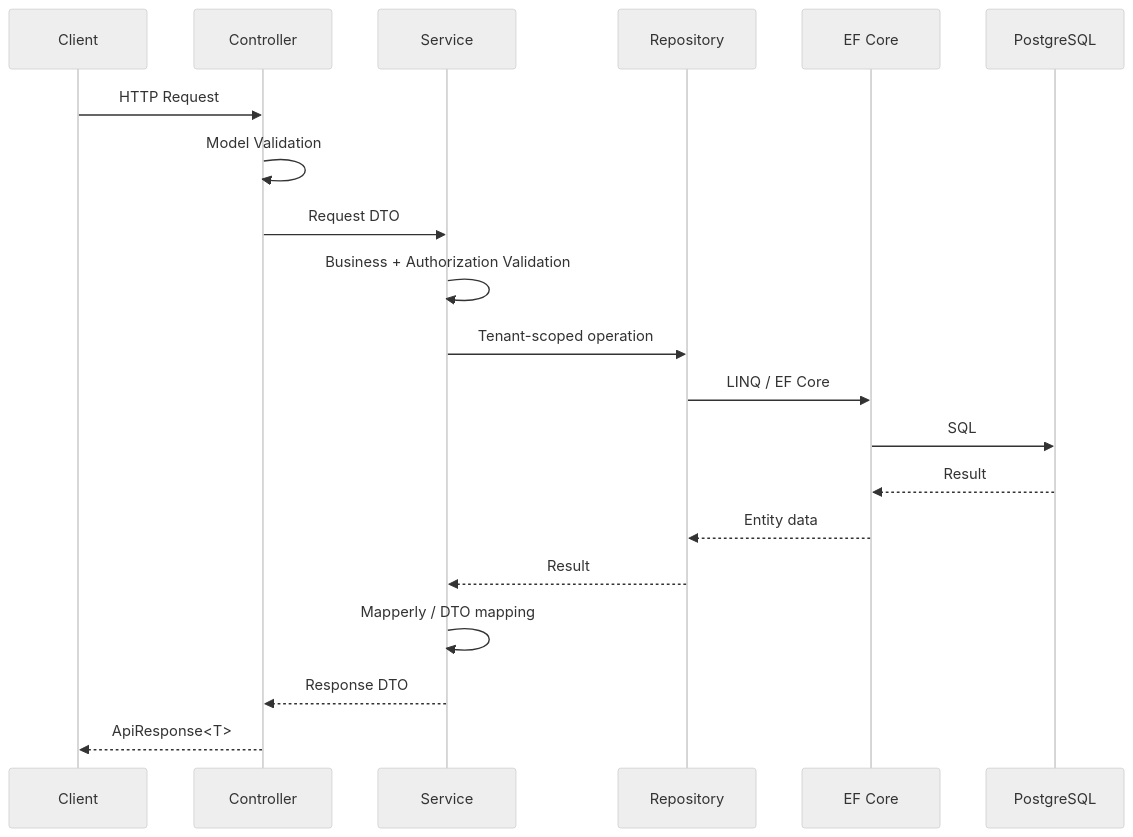
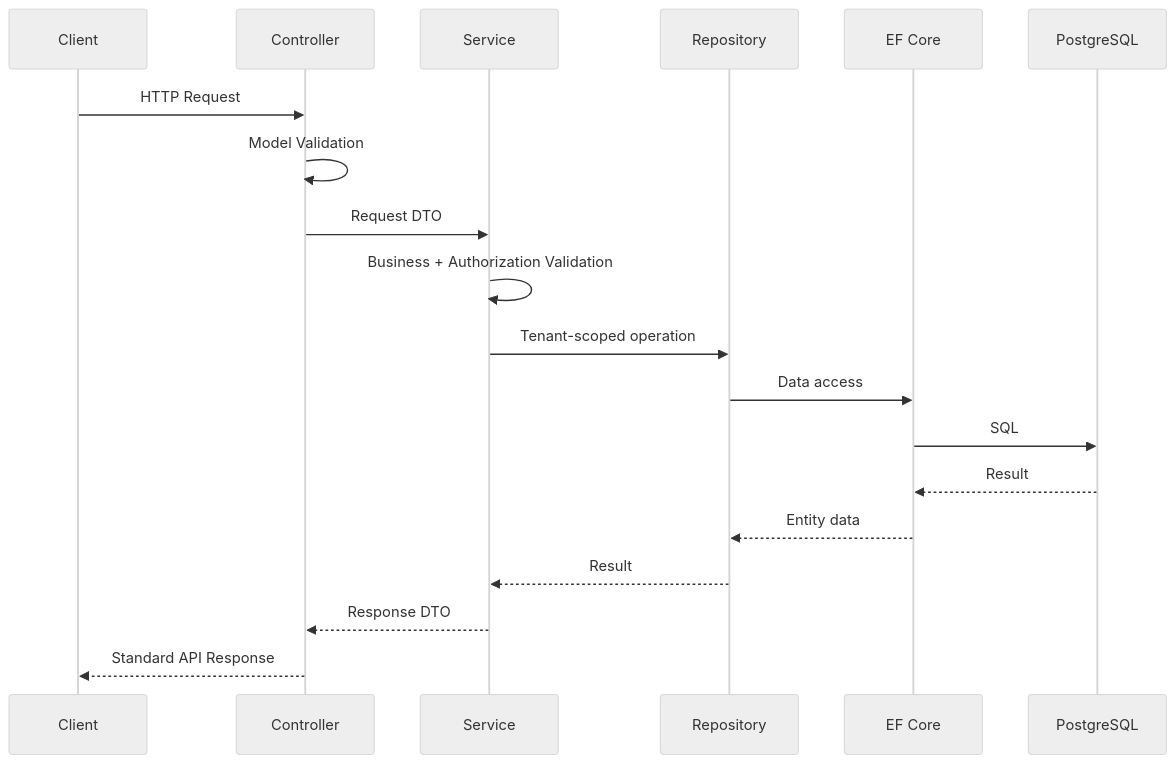
The fourth of 4 diagrams in README.md (nihatakkaya/CafeMenu), drawn with Mermaid (neutral theme) before and after one commit. The commit also changed other lines of this file and 476 other files, not shown here.

````diff
--- a/README.md
+++ b/README.md
@@ -320,23 +317,22 @@
 ```mermaid
 sequenceDiagram
     participant Client
     participant Controller
     participant Service
     participant Repository
     participant EF as EF Core
     participant DB as PostgreSQL
 
     Client->>Controller: HTTP Request
     Controller->>Controller: Model Validation
     Controller->>Service: Request DTO
     Service->>Service: Business + Authorization Validation
     Service->>Repository: Tenant-scoped operation
-    Repository->>EF: LINQ / EF Core
+    Repository->>EF: Data access
     EF->>DB: SQL
     DB-->>EF: Result
     EF-->>Repository: Entity data
     Repository-->>Service: Result
-    Service->>Service: Mapperly / DTO mapping
     Service-->>Controller: Response DTO
-    Controller-->>Client: ApiResponse<T>
+    Controller-->>Client: Standard API Response
 ```
````
